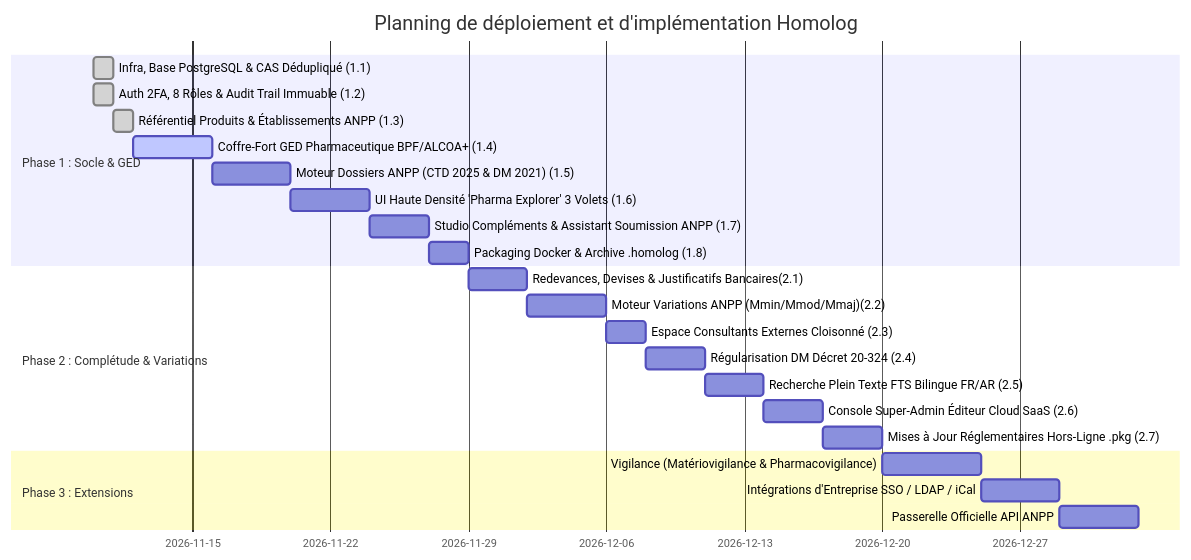
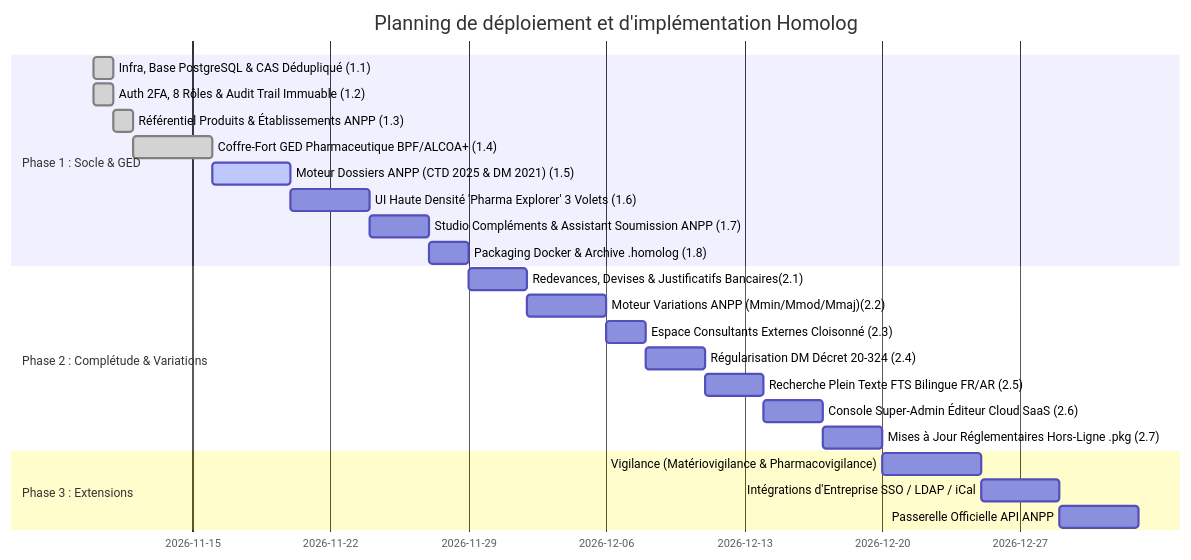
Before and after one commit to aassr1965/homolog: the diagram in docs/roadmap.md, drawn with Mermaid. The commit also changed other lines of this file, not shown here.

Commit message:
docs(roadmap): valider l'achevement du jalon 1.4 coffre-fort ged bpf alcoa+

````diff
--- a/docs/roadmap.md
+++ b/docs/roadmap.md
@@ -18,26 +18,26 @@
 ```mermaid
 gantt
     title Planning de déploiement et d'implémentation Homolog
     dateFormat  YYYY-MM-DD
     section Phase 1 : Socle & GED
     Infra, Base PostgreSQL & CAS Dédupliqué (1.1)    :done, p1_1, 2026-11-10, 1d
     Auth 2FA, 8 Rôles & Audit Trail Immuable (1.2)   :done, p1_2, 2026-11-10, 1d
     Référentiel Produits & Établissements ANPP (1.3) :done, p1_3, 2026-11-11, 1d
-    Coffre-Fort GED Pharmaceutique BPF/ALCOA+ (1.4)  :active, p1_4, after p1_3, 4d
-    Moteur Dossiers ANPP (CTD 2025 & DM 2021) (1.5)  :p1_5, after p1_4, 4d
+    Coffre-Fort GED Pharmaceutique BPF/ALCOA+ (1.4)  :done, p1_4, after p1_3, 4d
+    Moteur Dossiers ANPP (CTD 2025 & DM 2021) (1.5)  :active, p1_5, after p1_4, 4d
     UI Haute Densité 'Pharma Explorer' 3 Volets (1.6):p1_6, after p1_5, 4d
     Studio Compléments & Assistant Soumission ANPP (1.7) :p1_7, after p1_6, 3d
     Packaging Docker & Archive .homolog (1.8)        :p1_8, after p1_7, 2d
     section Phase 2 : Complétude & Variations
     Redevances, Devises & Justificatifs Bancaires(2.1):p2_1, after p1_8, 3d
     Moteur Variations ANPP (Mmin/Mmod/Mmaj)(2.2)     :p2_2, after p2_1, 4d
     Espace Consultants Externes Cloisonné (2.3)      :p2_3, after p2_2, 2d
     Régularisation DM Décret 20-324 (2.4)            :p2_4, after p2_3, 3d
     Recherche Plein Texte FTS Bilingue FR/AR (2.5)   :p2_5, after p2_4, 3d
     Console Super-Admin Éditeur Cloud SaaS (2.6)     :p2_6, after p2_5, 3d
     Mises à Jour Réglementaires Hors-Ligne .pkg (2.7):p2_7, after p2_6, 3d
     section Phase 3 : Extensions
     Vigilance (Matériovigilance & Pharmacovigilance) :p3_1, after p2_7, 5d
     Intégrations d'Entreprise SSO / LDAP / iCal      :p3_2, after p3_1, 4d
     Passerelle Officielle API ANPP                   :p3_3, after p3_2, 4d
 ```
````
